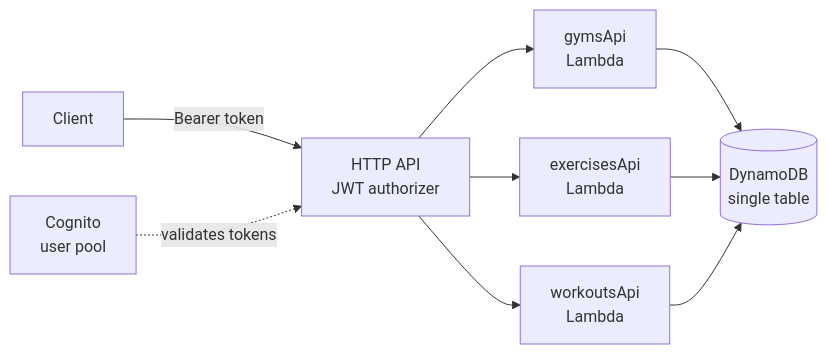
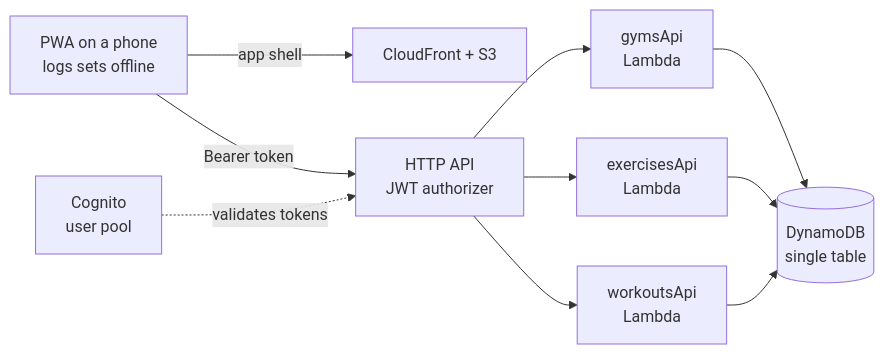
Before and after one commit to landoicco/etiya: the first of 3 diagrams in README.md, drawn with Mermaid. The commit also changed other lines of this file, not shown here.

First line of the commit message:
The README describes both halves of the app

````diff
--- a/README.md
+++ b/README.md
@@ -16,11 +17,13 @@
 ```mermaid
 flowchart LR
-    Client["Client"] -->|"Bearer token"| API["HTTP API<br/>JWT authorizer"]
+    Phone["PWA on a phone<br/>logs sets offline"]
+    Phone -->|"app shell"| CF["CloudFront + S3"]
+    Phone -->|"Bearer token"| API["HTTP API<br/>JWT authorizer"]
     Cognito["Cognito<br/>user pool"] -. "validates tokens" .-> API
     API --> Gyms["gymsApi<br/>Lambda"]
     API --> Exercises["exercisesApi<br/>Lambda"]
     API --> Workouts["workoutsApi<br/>Lambda"]
     Gyms --> DDB[("DynamoDB<br/>single table")]
     Exercises --> DDB
     Workouts --> DDB
 ```
````
